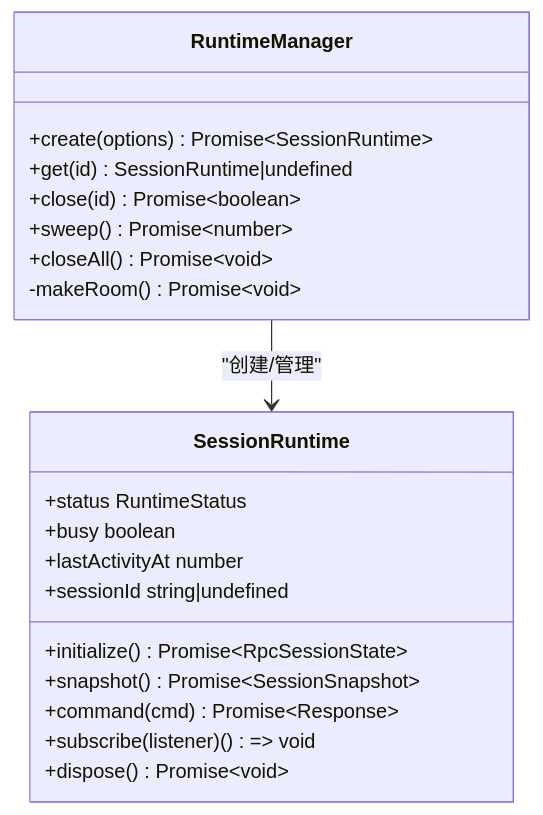
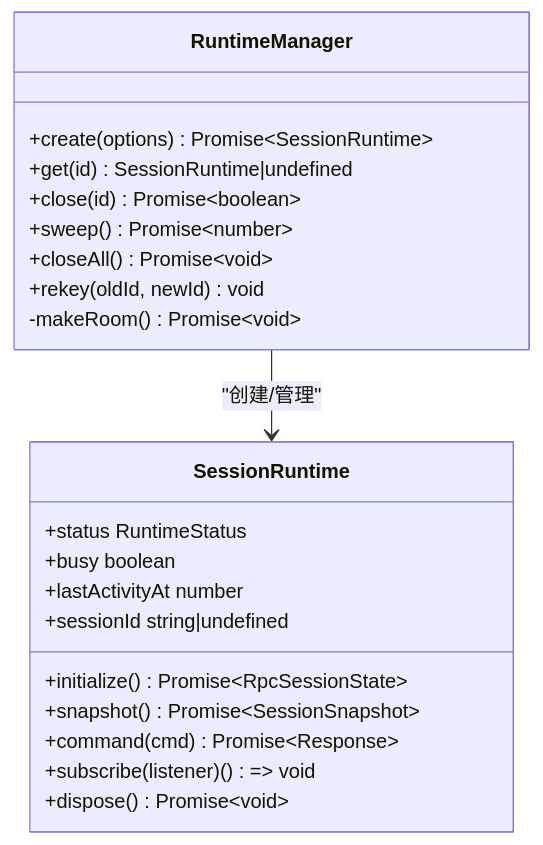
One commit to FDE-GROUP/oh-my-coding-agent changed diagram 12 of 14 in .qoder/repowiki/zh/content/快速开始/Pi Web UI 前端界面.md. Above: the diagram before and after it, drawn with Mermaid. The commit also changed other lines of this file and 433 other files, not shown here.

````diff
--- a/.qoder/repowiki/zh/content/快速开始/Pi Web UI 前端界面.md
+++ b/.qoder/repowiki/zh/content/快速开始/Pi Web UI 前端界面.md
@@ -464,23 +718,24 @@
 ```mermaid
 classDiagram
 class RuntimeManager {
 +create(options) Promise~SessionRuntime~
 +get(id) SessionRuntime|undefined
 +close(id) Promise~boolean~
 +sweep() Promise~number~
 +closeAll() Promise~void~
++rekey(oldId, newId) void
 -makeRoom() Promise~void~
 }
 class SessionRuntime {
 +initialize() Promise~RpcSessionState~
 +snapshot() Promise~SessionSnapshot~
 +command(cmd) Promise~Response~
 +subscribe(listener) () => void
 +dispose() Promise~void~
 +status RuntimeStatus
 +busy boolean
 +lastActivityAt number
 +sessionId string|undefined
 }
 RuntimeManager --> SessionRuntime : "创建/管理"
 ```
````
